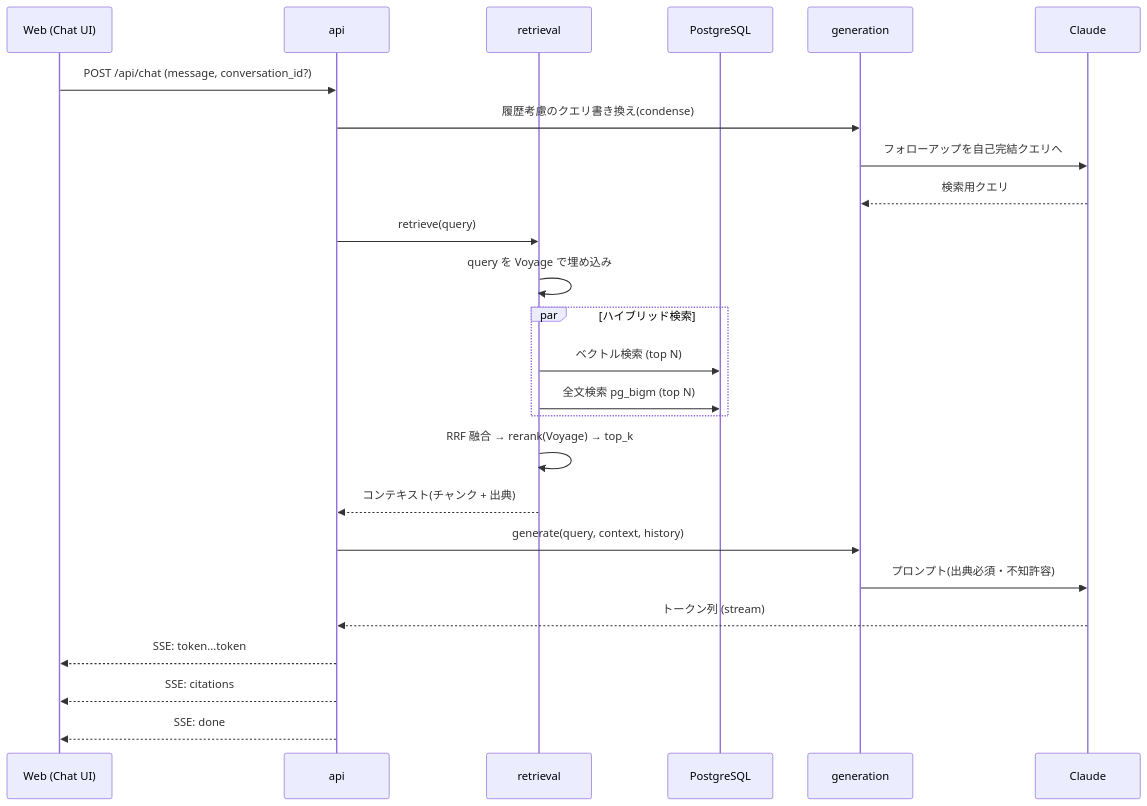
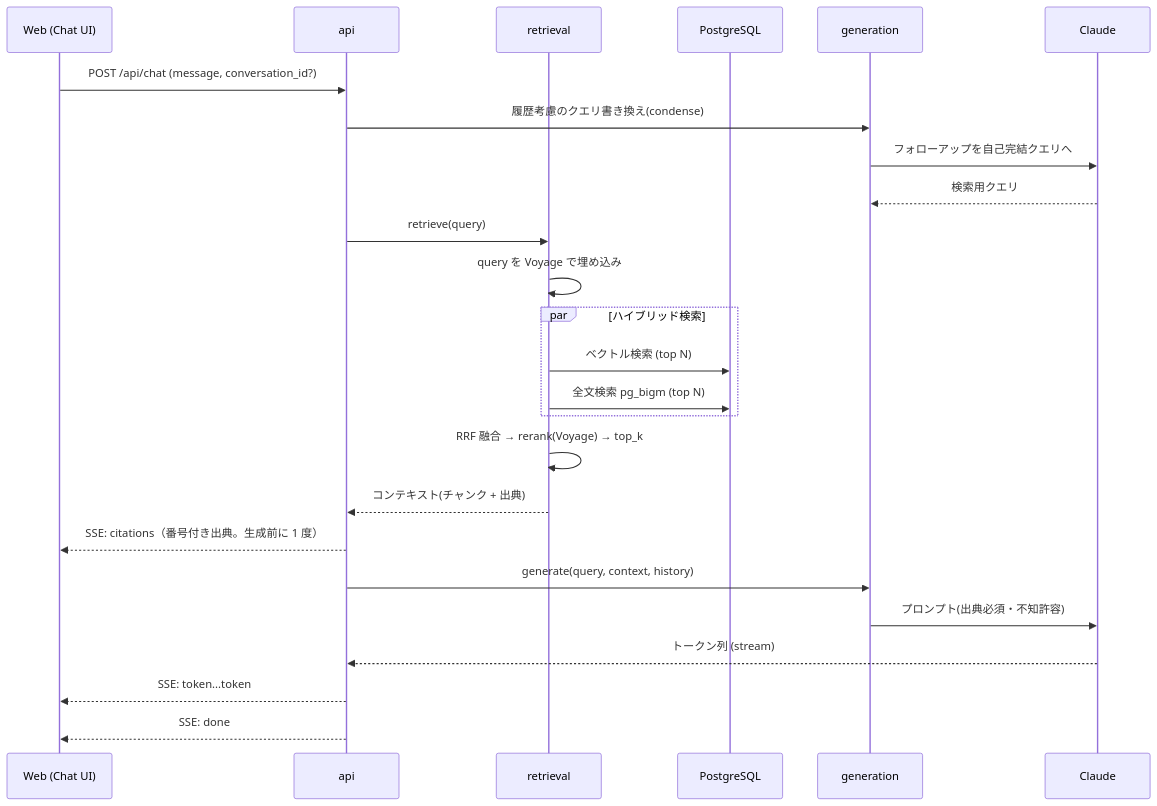
One commit to mskzuki/private_rag_apps changed the third of 3 diagrams in docs/architecture.md. Above: the diagram before and after it, drawn with Mermaid. The commit also changed other lines of this file and 4 other files, not shown here.

````diff
--- a/docs/architecture.md
+++ b/docs/architecture.md
@@ -101,28 +101,28 @@
 ```mermaid
 sequenceDiagram
     participant U as Web (Chat UI)
     participant API as api
     participant R as retrieval
     participant PG as PostgreSQL
     participant G as generation
     participant LLM as Claude
 
     U->>API: POST /api/chat (message, conversation_id?)
     API->>G: 履歴考慮のクエリ書き換え(condense)
     G->>LLM: フォローアップを自己完結クエリへ
     LLM-->>G: 検索用クエリ
     API->>R: retrieve(query)
     R->>R: query を Voyage で埋め込み
     par ハイブリッド検索
         R->>PG: ベクトル検索 (top N)
         R->>PG: 全文検索 pg_bigm (top N)
     end
     R->>R: RRF 融合 → rerank(Voyage) → top_k
     R-->>API: コンテキスト(チャンク + 出典)
+    API-->>U: SSE: citations（番号付き出典。生成前に 1 度）
     API->>G: generate(query, context, history)
     G->>LLM: プロンプト(出典必須・不知許容)
     LLM-->>API: トークン列 (stream)
     API-->>U: SSE: token...token
-    API-->>U: SSE: citations
     API-->>U: SSE: done
 ```
````
